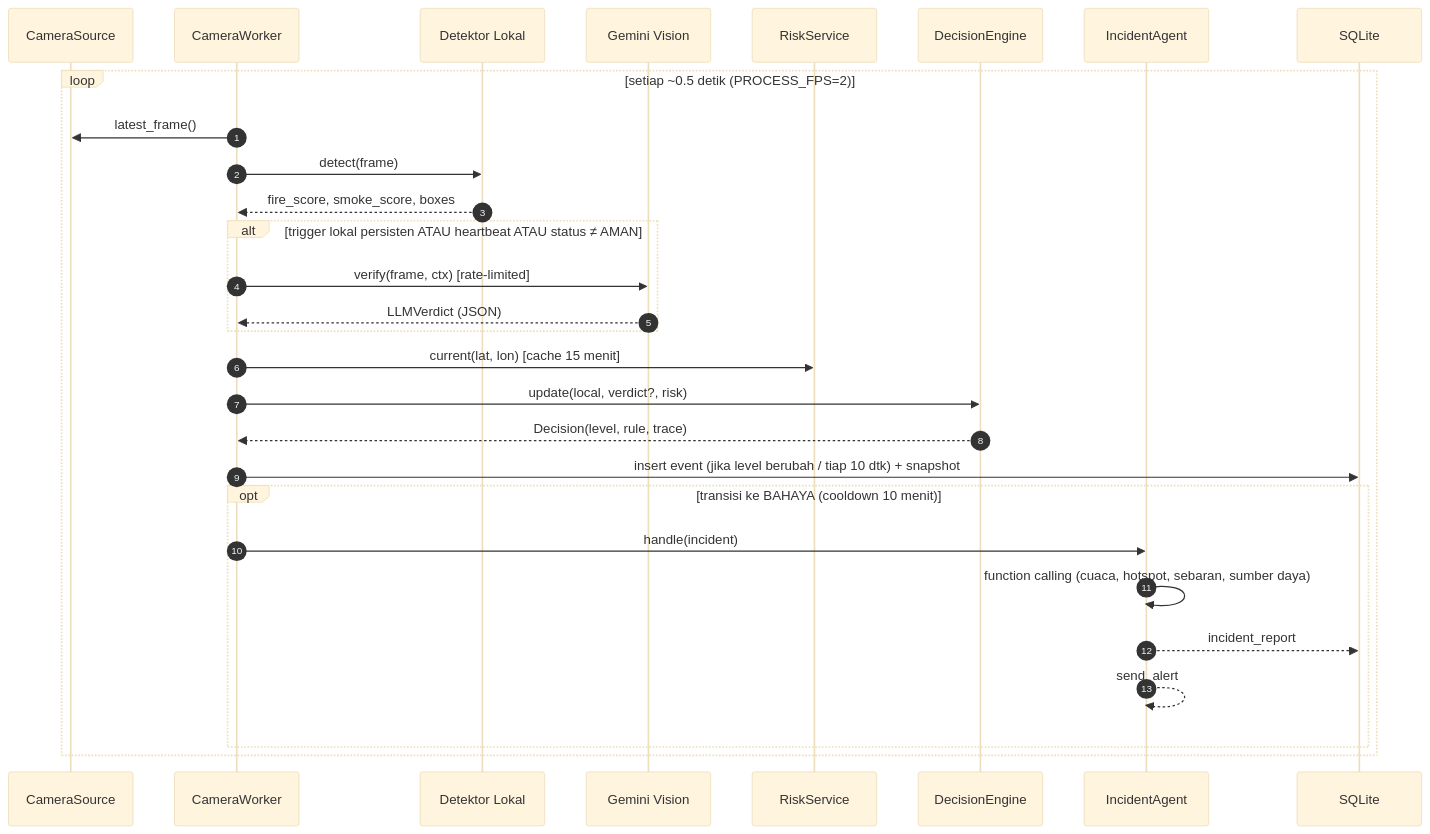
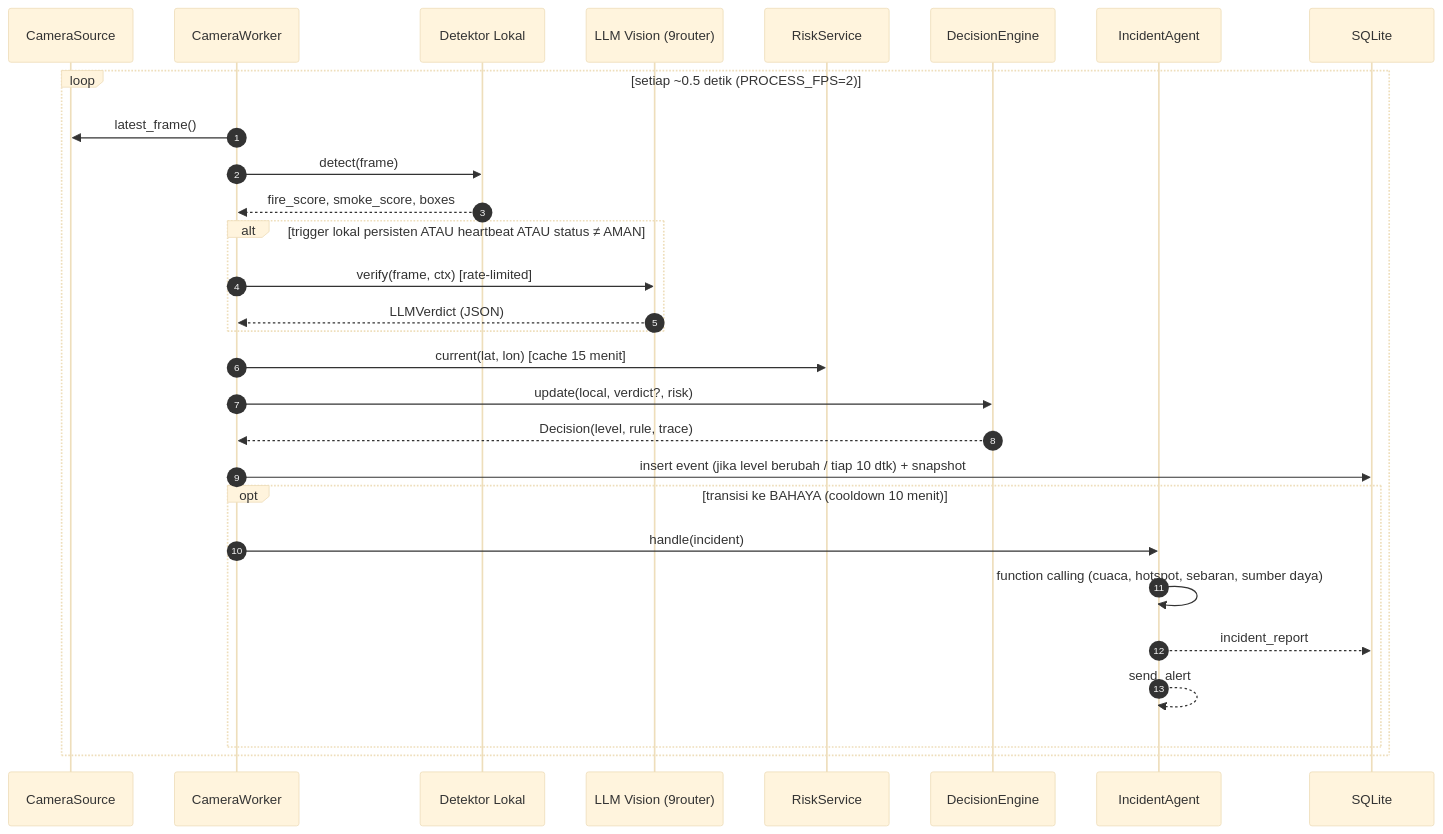
The first of 2 diagrams in docs/ARCHITECTURE.md (tmthyjw23/MataKlabat), drawn with Mermaid (base theme) before and after one commit. The commit also changed other lines of this file and 15 other files, not shown here.

First line of the commit message:
feat(vision_llm): vision verifier via 9router (OpenAI-compatible) (T5)

````diff
--- a/docs/ARCHITECTURE.md
+++ b/docs/ARCHITECTURE.md
@@ -41,32 +41,32 @@
 ```mermaid
 sequenceDiagram
     autonumber
     participant Cam as CameraSource
     participant W as CameraWorker
     participant D1 as Detektor Lokal
-    participant L as Gemini Vision
+    participant L as LLM Vision (9router)
     participant R as RiskService
     participant E as DecisionEngine
     participant A as IncidentAgent
     participant DB as SQLite
 
     loop setiap ~0.5 detik (PROCESS_FPS=2)
         W->>Cam: latest_frame()
         W->>D1: detect(frame)
         D1-->>W: fire_score, smoke_score, boxes
         alt trigger lokal persisten ATAU heartbeat ATAU status ≠ AMAN
             W->>L: verify(frame, ctx) [rate-limited]
             L-->>W: LLMVerdict (JSON)
         end
         W->>R: current(lat, lon) [cache 15 menit]
         W->>E: update(local, verdict?, risk)
         E-->>W: Decision(level, rule, trace)
         W->>DB: insert event (jika level berubah / tiap 10 dtk) + snapshot
         opt transisi ke BAHAYA (cooldown 10 menit)
             W->>A: handle(incident)
             A->>A: function calling (cuaca, hotspot, sebaran, sumber daya)
             A-->>DB: incident_report
             A-->>A: send_alert
         end
     end
 ```
````
